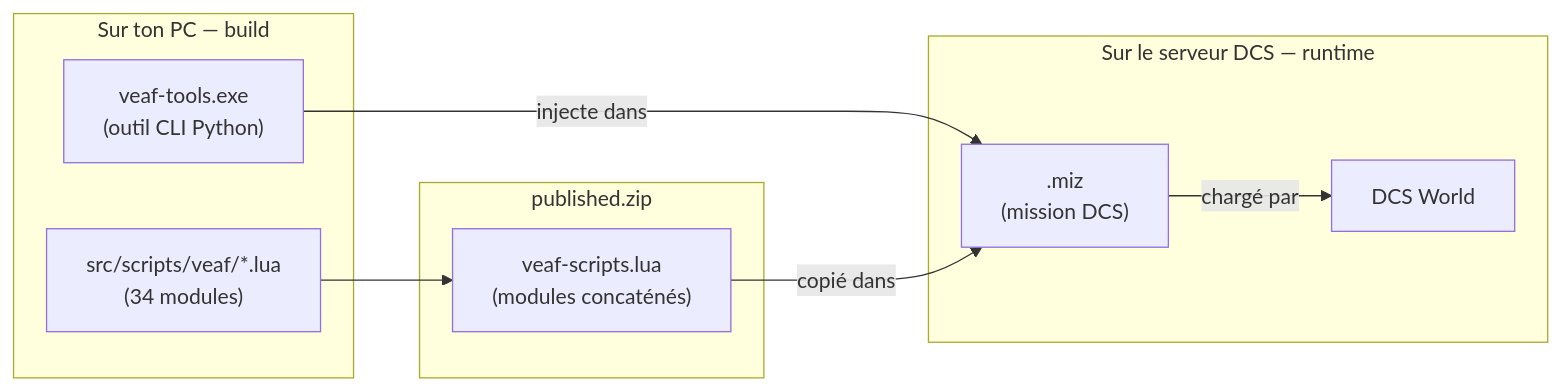
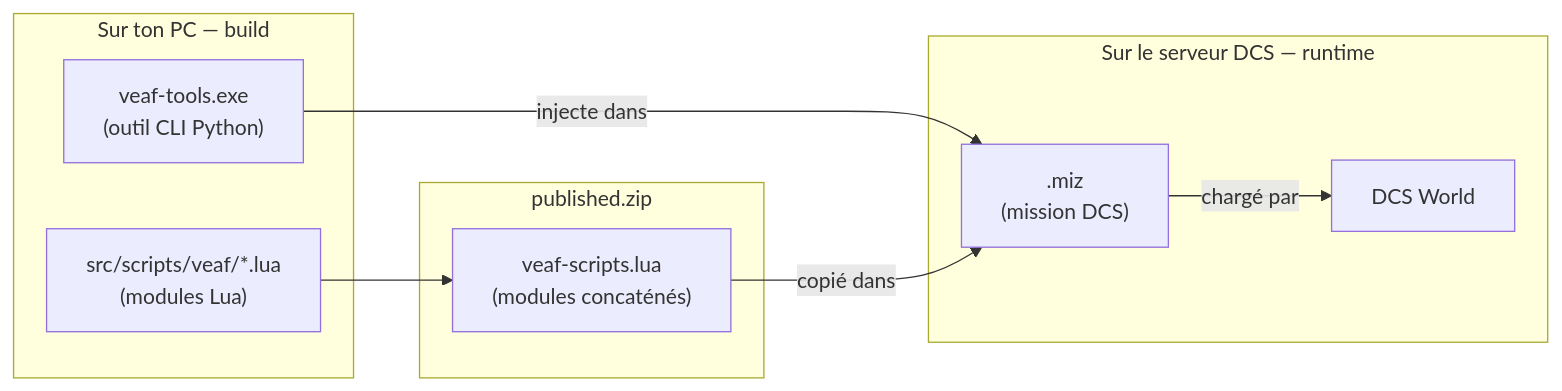
One commit to VEAF/VEAF-Mission-Creation-Tools changed the diagram in doc/developer/README.md. Above: the diagram before and after it, drawn with Mermaid. The commit also changed other lines of this file and 1 other file, not shown here.

````diff
--- a/doc/developer/README.md
+++ b/doc/developer/README.md
@@ -25,18 +25,18 @@
 ```mermaid
 flowchart LR
     subgraph DT["Sur ton PC — build"]
-        lua["src/scripts/veaf/*.lua<br/>(34 modules)"]
+        lua["src/scripts/veaf/*.lua<br/>(modules Lua)"]
         py["veaf-tools.exe<br/>(outil CLI Python)"]
     end
     subgraph zip["published.zip"]
         bundle["veaf-scripts.lua<br/>(modules concaténés)"]
     end
     subgraph RT["Sur le serveur DCS — runtime"]
         mission[".miz\n(mission DCS)"]
         dcs["DCS World"]
     end
     lua --> bundle
     py -->|injecte dans| mission
     bundle -->|copié dans| mission
     mission -->|chargé par| dcs
 ```
````
